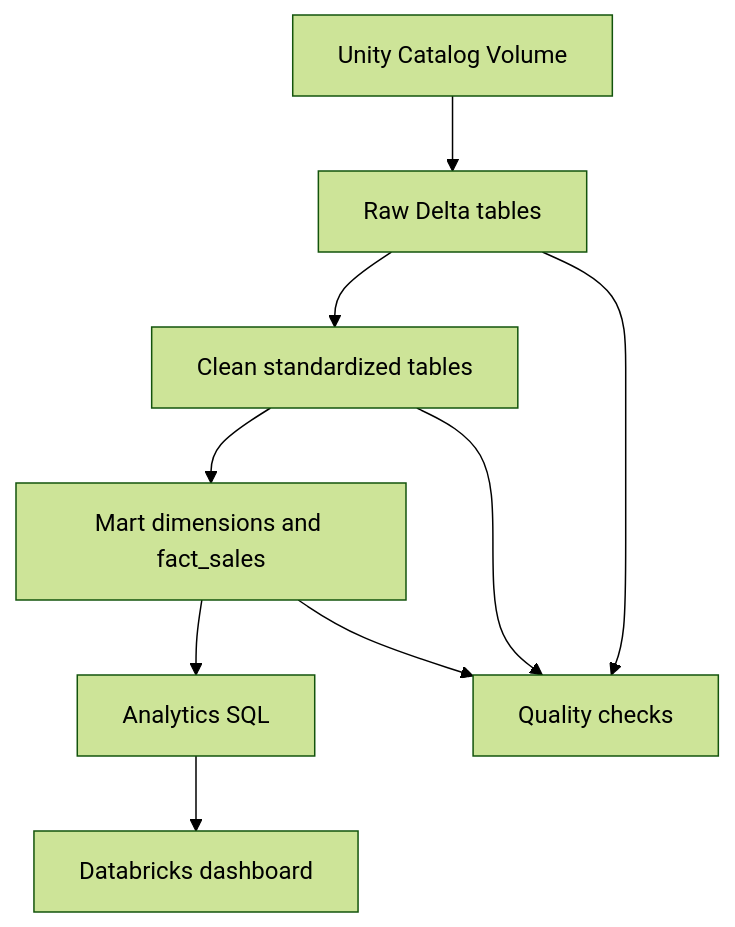
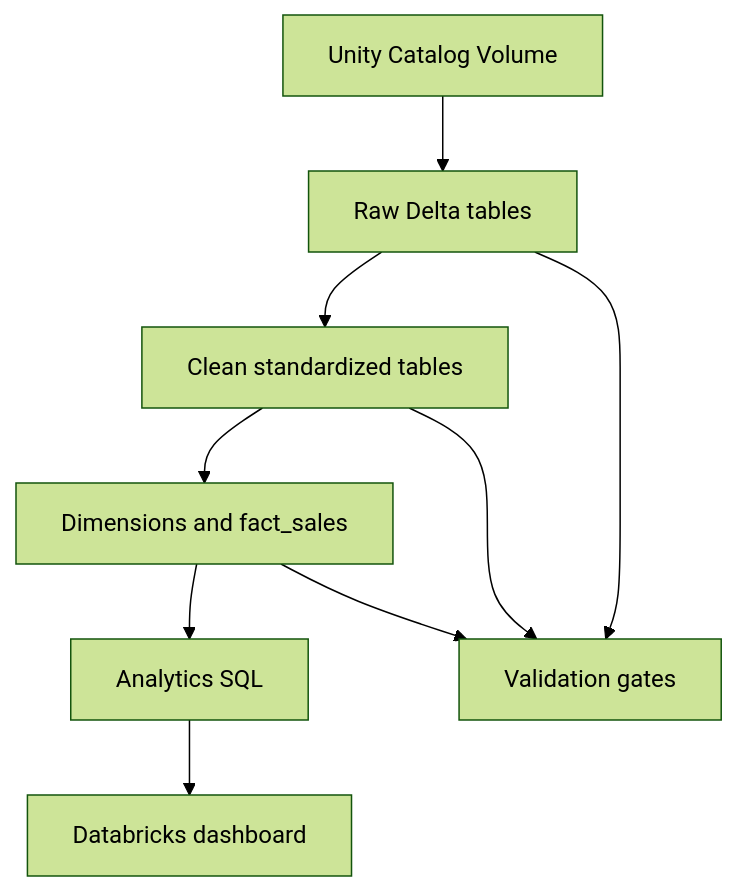
The diagram in README.md (ItsYangCoder/d3-chinook-dimensional-model), drawn with Mermaid (forest theme) before and after one commit. The commit also changed other lines of this file, not shown here.

````diff
--- a/README.md
+++ b/README.md
@@ -22,11 +38,11 @@
-```mermaid
+~~~mermaid
 flowchart TD
     A["Unity Catalog Volume"] --> B["Raw Delta tables"]
     B --> C["Clean standardized tables"]
-    C --> D["Mart dimensions and fact_sales"]
+    C --> D["Dimensions and fact_sales"]
     D --> E["Analytics SQL"]
     E --> F["Databricks dashboard"]
-    B --> Q["Quality checks"]
+    B --> Q["Validation gates"]
     C --> Q
     D --> Q
-```
+~~~
````
